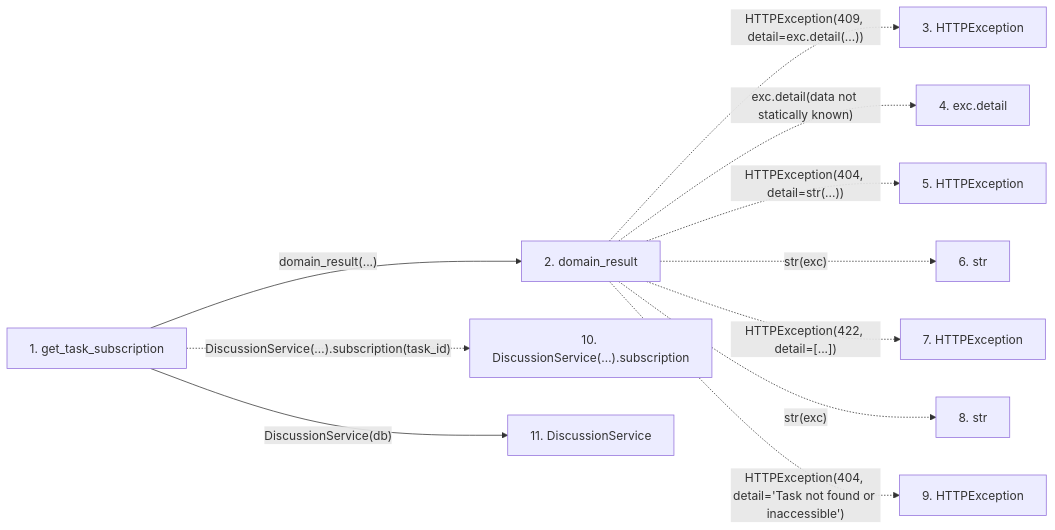
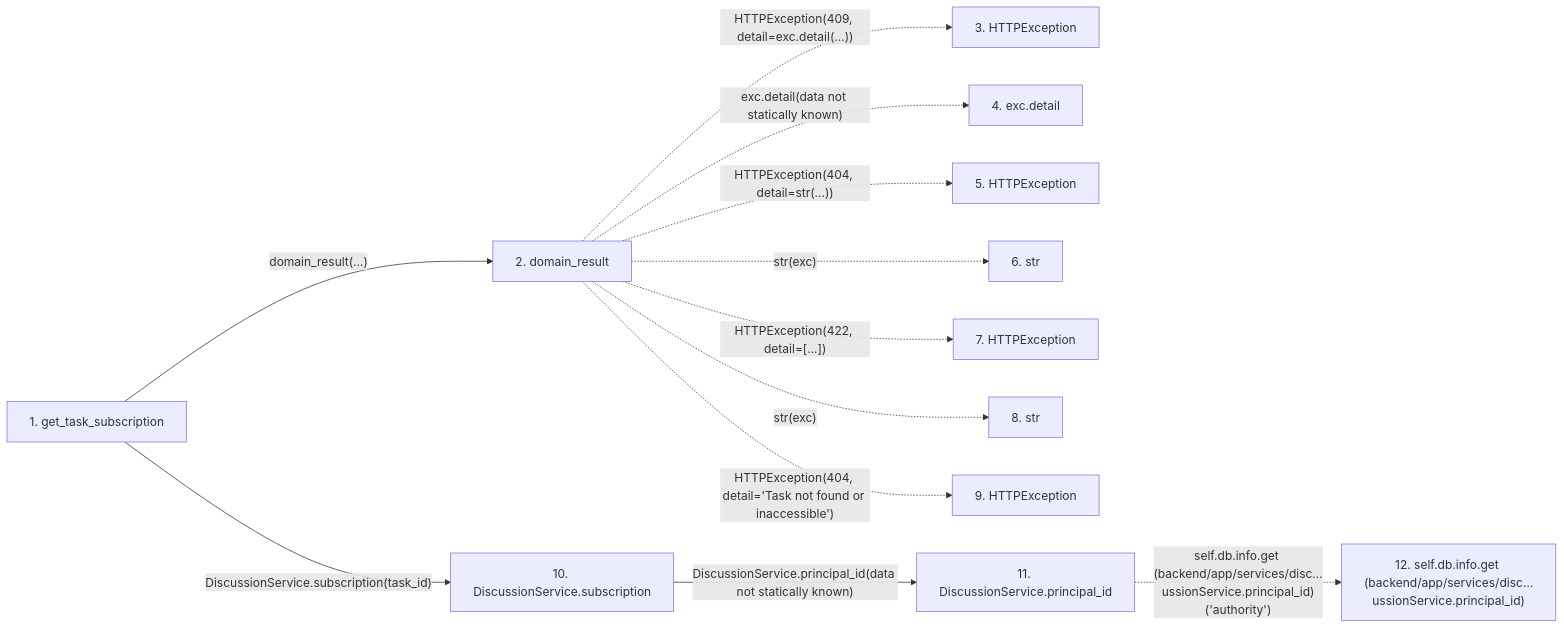
The second of 2 diagrams in docs/llm_wiki/flows/http-get_task_subscription.md (Denissvgn/WorkChord), drawn with Mermaid before and after one commit. The commit also changed other lines of this file and 25171 other files, not shown here.

````diff
--- a/docs/llm_wiki/flows/http-get_task_subscription.md
+++ b/docs/llm_wiki/flows/http-get_task_subscription.md
@@ -34,27 +128,30 @@
 ```mermaid
 flowchart LR
     s1["1. get_task_subscription"]
     s2["2. domain_result"]
     s3["3. HTTPException"]
     s4["4. exc.detail"]
     s5["5. HTTPException"]
     s6["6. str"]
     s7["7. HTTPException"]
     s8["8. str"]
     s9["9. HTTPException"]
-    s10["10. DiscussionService(…).subscription"]
-    s11["11. DiscussionService"]
+    s10["10. DiscussionService.subscription"]
+    s11["11. DiscussionService.principal_id"]
+    s12["12. self.db.info.get (backend/app/services/disc…ussionService.principal_id)"]
     s1 -->|"domain_result(...)"| s2
     s2 -. "HTTPException(409, detail=exc.detail(...))" .-> s3
     s2 -. "exc.detail(data not statically known)" .-> s4
     s2 -. "HTTPException(404, detail=str(...))" .-> s5
     s2 -. "str(exc)" .-> s6
     s2 -. "HTTPException(422, detail=[...])" .-> s7
     s2 -. "str(exc)" .-> s8
     s2 -. "HTTPException(404, detail='Task not found or inaccessible')" .-> s9
-    s1 -. "DiscussionService(…).subscription(task_id)" .-> s10
-    s1 -->|"DiscussionService(db)"| s11
+    s1 -->|"DiscussionService.subscription(task_id)"| s10
+    s10 -->|"DiscussionService.principal_id(data not statically known)"| s11
+    s11 -. "self.db.info.get (backend/app/services/disc…ussionService.principal_id)('authority')" .-> s12
     click s1 "../modules/routers_discussion.md"
     click s2 "../modules/routers_task_domain.md"
+    click s10 "../modules/discussion_service.md"
     click s11 "../modules/discussion_service.md"
 ```
````
